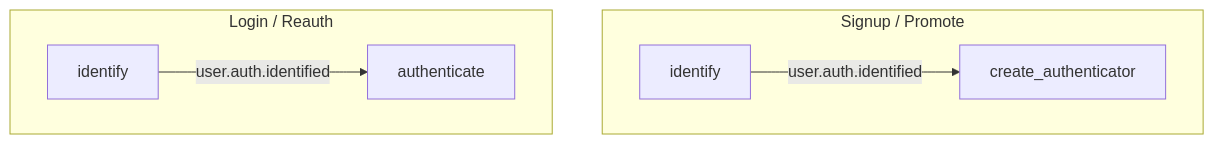
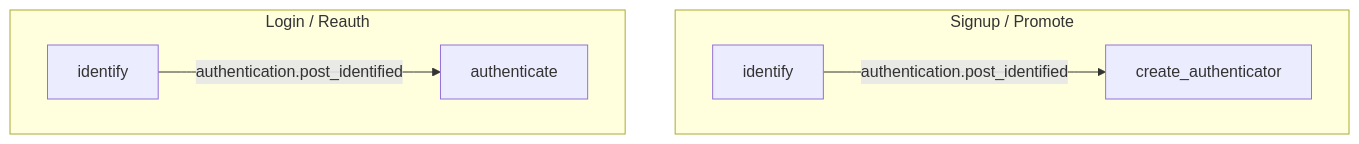
The first of 5 diagrams in docs/specs/event.md (authgear/authgear-server), drawn with Mermaid before and after one commit. The commit also changed other lines of this file and 2 other files, not shown here.

First line of the commit message:
Rename user.auth.* events to authentication.*

````diff
--- a/docs/specs/event.md
+++ b/docs/specs/event.md
@@ -201,13 +201,13 @@
 ```mermaid
 flowchart TD
  subgraph Signup["Signup / Promote"]
         signup_create_authenticator["create_authenticator"]
         signup_identify["identify"]
   end
-    signup_identify -- "user.auth.identified" --> signup_create_authenticator
+    signup_identify -- "authentication.post_identified" --> signup_create_authenticator
   subgraph Login["Login / Reauth"]
         login_authenticate["authenticate"]
         login_identify["identify"]
   end
-    login_identify -- "user.auth.identified" --> login_authenticate 
+    login_identify -- "authentication.post_identified" --> login_authenticate 
 ```
````
